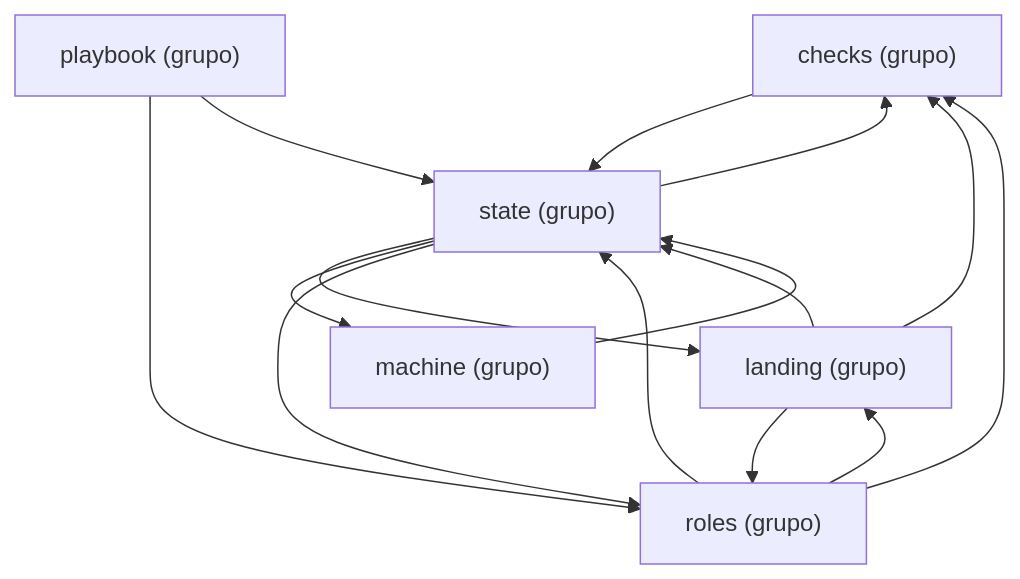
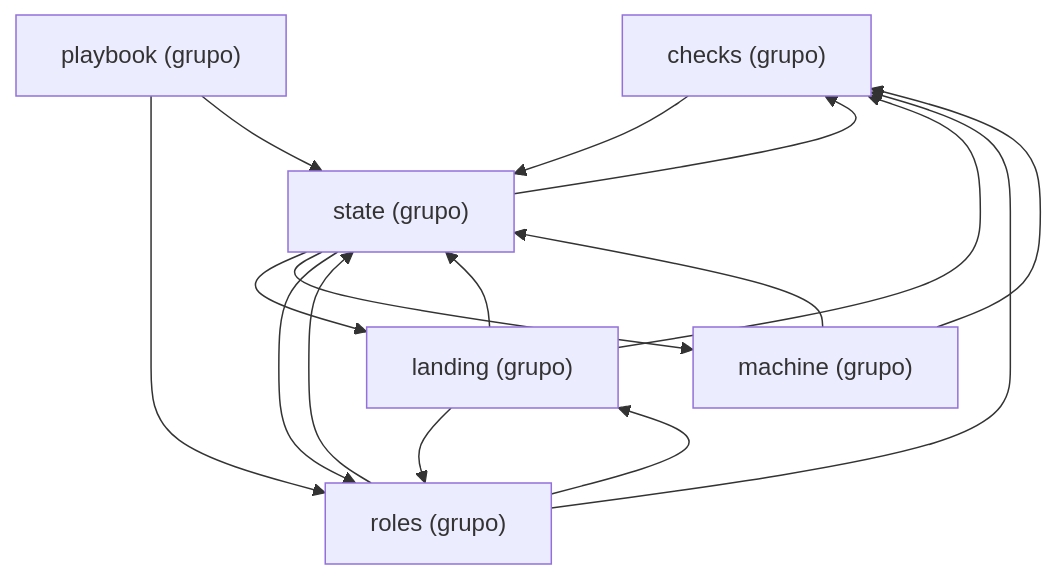
One commit to GonzaloZevallos/agentic-system changed the diagram in docs/architecture/generated/packages-process-domain.md. Above: the diagram before and after it, drawn with Mermaid. The commit also changed 11 other files, not shown here.

````diff
--- a/docs/architecture/generated/packages-process-domain.md
+++ b/docs/architecture/generated/packages-process-domain.md
@@ -22,23 +22,24 @@
 ```mermaid
 graph TD
     g_domain__checks["checks (grupo)"]
     g_domain__landing["landing (grupo)"]
     g_domain__machine["machine (grupo)"]
     g_domain__playbook["playbook (grupo)"]
     g_domain__roles["roles (grupo)"]
     g_domain__state["state (grupo)"]
     g_domain__checks --> g_domain__state
     g_domain__landing --> g_domain__checks
     g_domain__landing --> g_domain__roles
     g_domain__landing --> g_domain__state
+    g_domain__machine --> g_domain__checks
     g_domain__machine --> g_domain__state
     g_domain__playbook --> g_domain__roles
     g_domain__playbook --> g_domain__state
     g_domain__roles --> g_domain__checks
     g_domain__roles --> g_domain__landing
     g_domain__roles --> g_domain__state
     g_domain__state --> g_domain__checks
     g_domain__state --> g_domain__landing
     g_domain__state --> g_domain__machine
     g_domain__state --> g_domain__roles
 ```
````
